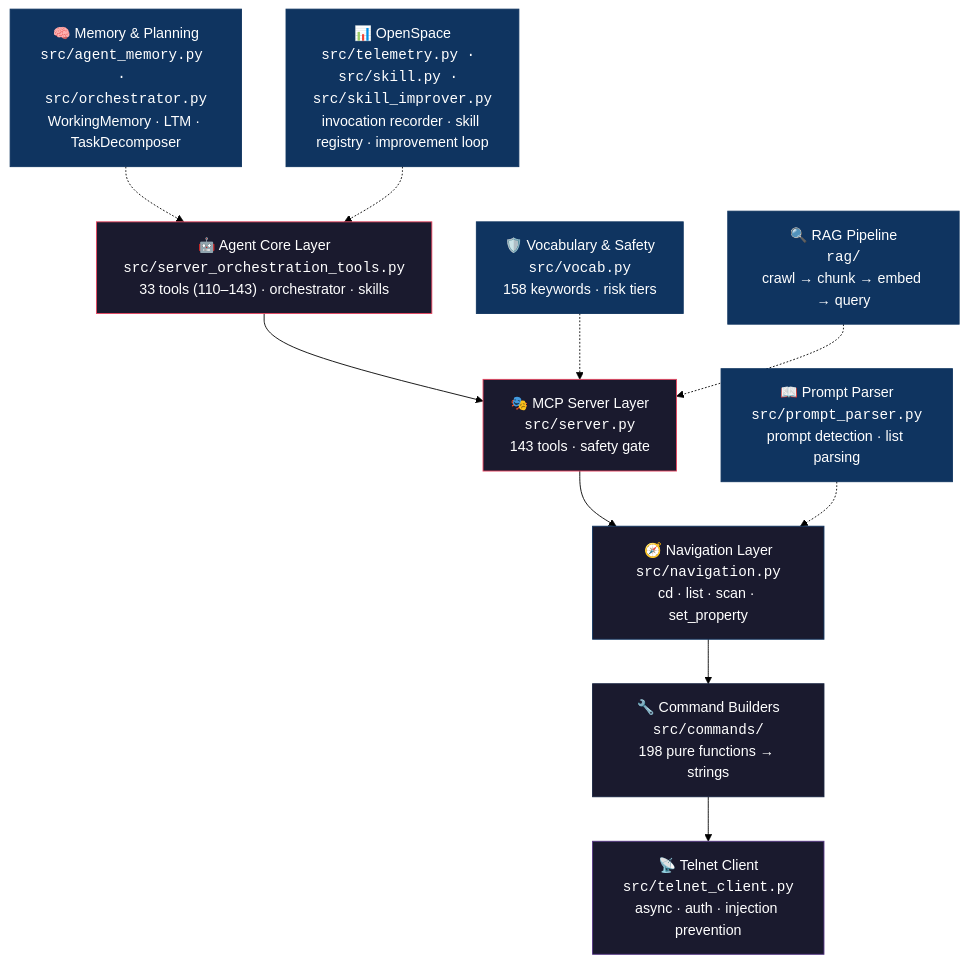
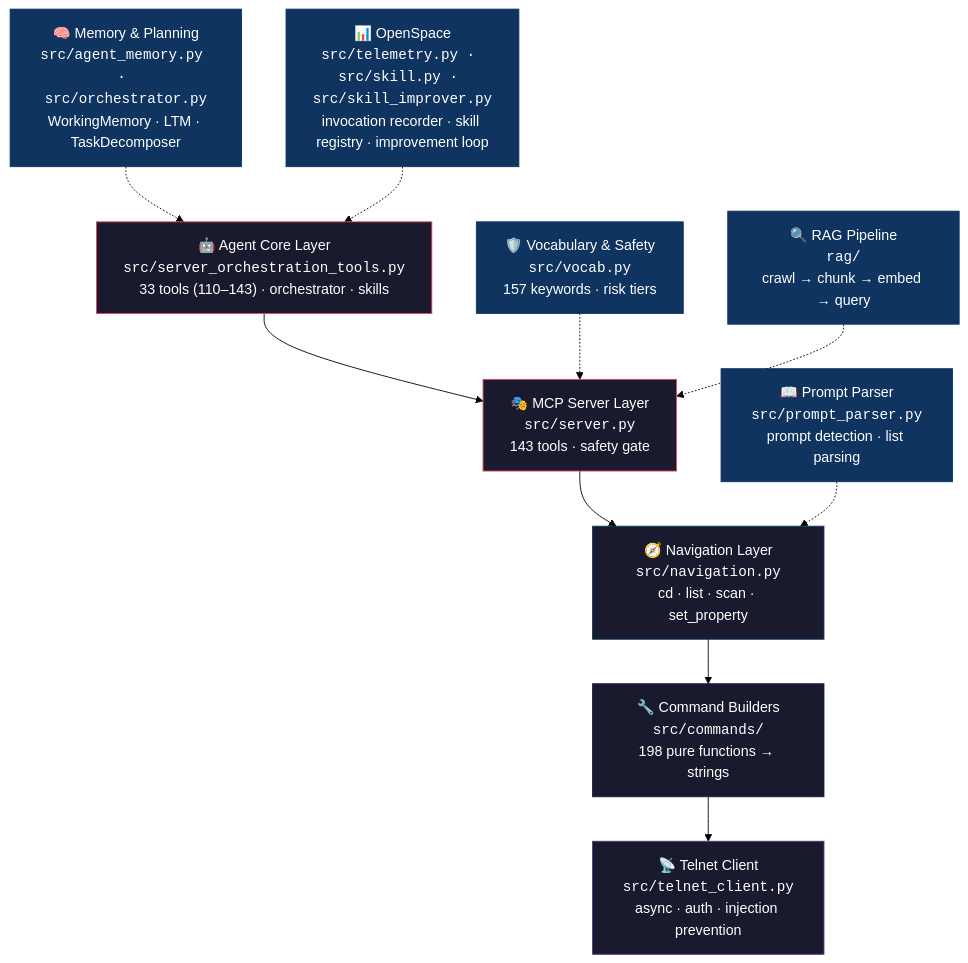
One commit to thisis-romar/ma2-onPC-MCP changed the first of 2 diagrams in README.md. Above: the diagram before and after it, drawn with Mermaid (forest theme). The commit also changed other lines of this file and 3 other files, not shown here.

````diff
--- a/README.md
+++ b/README.md
@@ -64,25 +64,25 @@
 ```mermaid
 graph TD
     H["🤖 Agent Core Layer<br/><code>src/server_orchestration_tools.py</code><br/>33 tools (110–143) · orchestrator · skills"] --> A
     A["🎭 MCP Server Layer<br/><code>src/server.py</code><br/>143 tools · safety gate"] --> B
     B["🧭 Navigation Layer<br/><code>src/navigation.py</code><br/>cd · list · scan · set_property"] --> C
     C["🔧 Command Builders<br/><code>src/commands/</code><br/>198 pure functions → strings"] --> D
     D["📡 Telnet Client<br/><code>src/telnet_client.py</code><br/>async · auth · injection prevention"]
 
     E["📖 Prompt Parser<br/><code>src/prompt_parser.py</code><br/>prompt detection · list parsing"] -.-> B
-    F["🛡️ Vocabulary & Safety<br/><code>src/vocab.py</code><br/>158 keywords · risk tiers"] -.-> A
+    F["🛡️ Vocabulary & Safety<br/><code>src/vocab.py</code><br/>157 keywords · risk tiers"] -.-> A
     G["🔍 RAG Pipeline<br/><code>rag/</code><br/>crawl → chunk → embed → query"] -.-> A
     I["🧠 Memory & Planning<br/><code>src/agent_memory.py · src/orchestrator.py</code><br/>WorkingMemory · LTM · TaskDecomposer"] -.-> H
     J["📊 OpenSpace<br/><code>src/telemetry.py · src/skill.py · src/skill_improver.py</code><br/>invocation recorder · skill registry · improvement loop"] -.-> H
 
     style H fill:#1a1a2e,stroke:#e94560,color:#fff
     style A fill:#1a1a2e,stroke:#e94560,color:#fff
     style B fill:#1a1a2e,stroke:#0f3460,color:#fff
     style C fill:#1a1a2e,stroke:#16213e,color:#fff
     style D fill:#1a1a2e,stroke:#533483,color:#fff
     style E fill:#0f3460,stroke:#0f3460,color:#fff
     style F fill:#0f3460,stroke:#0f3460,color:#fff
     style G fill:#0f3460,stroke:#0f3460,color:#fff
     style I fill:#0f3460,stroke:#0f3460,color:#fff
     style J fill:#0f3460,stroke:#0f3460,color:#fff
 ```
````
